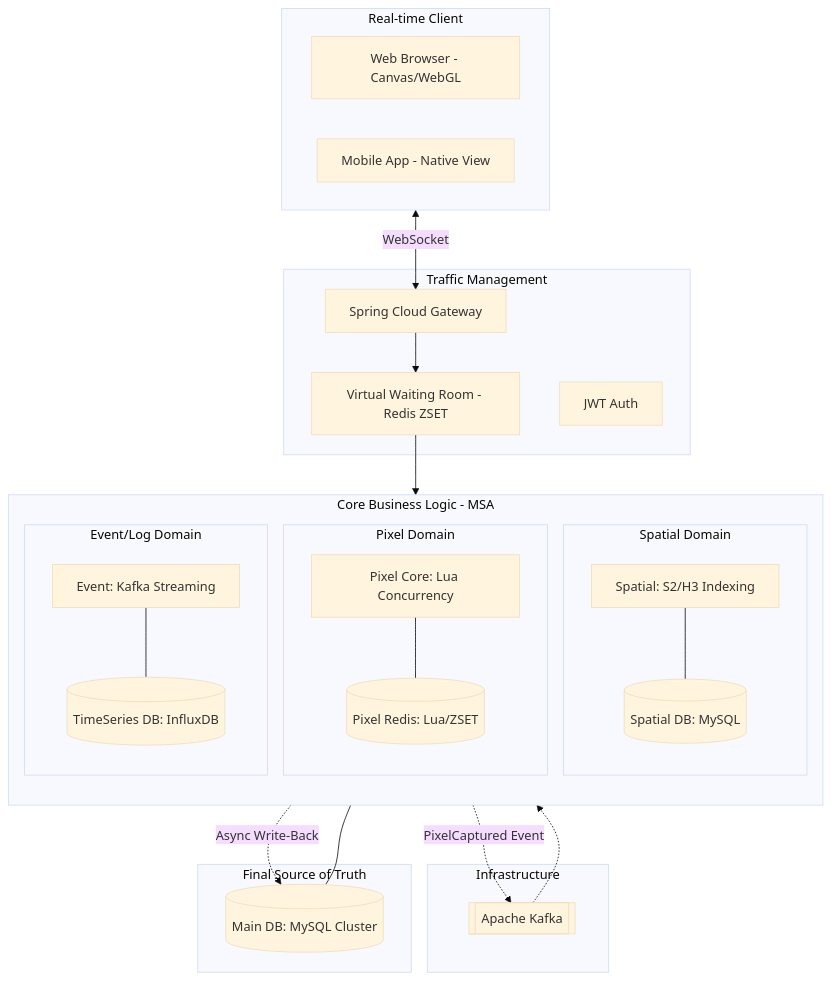
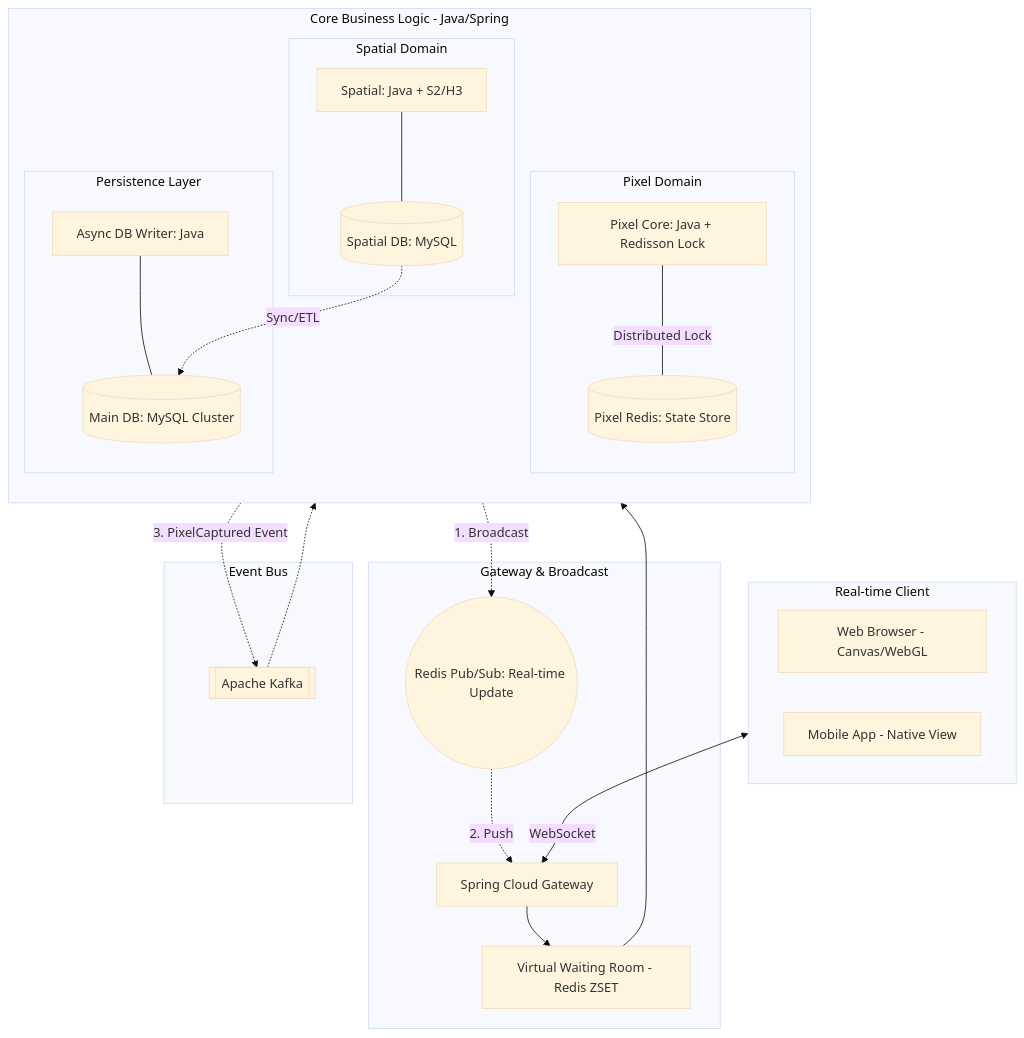
Before and after one commit to dlrkdgml0716/The_Pixel_War: the diagram in README.md, drawn with Mermaid (base theme).

````diff
--- a/README.md
+++ b/README.md
@@ -6,63 +6,59 @@
 ```mermaid
 graph TD
     %% Client Layer
     subgraph ClientLayer [Real-time Client]
         Web[Web Browser - Canvas/WebGL]
         Mobile[Mobile App - Native View]
     end
 
-    %% Gateway & Traffic Control
-    subgraph TrafficControl [Traffic Management]
+    %% Gateway & Real-time Sync
+    subgraph TrafficControl [Gateway & Broadcast]
         AGW[Spring Cloud Gateway]
         NetFunnel[Virtual Waiting Room - Redis ZSET]
-        Auth[JWT Auth]
+        RedisPubSub((Redis Pub/Sub: Real-time Update))
     end
 
-    %% Microservices Layer (Database per Service)
-    subgraph Microservices [Core Business Logic - MSA]
+    %% Microservices Layer
+    subgraph Microservices [Core Business Logic - Java/Spring]
         direction TB
         
         subgraph PixelDomain [Pixel Domain]
-            PixelSvc[Pixel Core: Lua Concurrency]
-            PixelRedis[(Pixel Redis: Lua/ZSET)]
+            PixelSvc[Pixel Core: Java + Redisson Lock]
+            PixelRedis[(Pixel Redis: State Store)]
         end
         
         subgraph SpatialDomain [Spatial Domain]
-            SpatialSvc[Spatial: S2/H3 Indexing]
+            SpatialSvc[Spatial: Java + S2/H3]
             SpatialDB[(Spatial DB: MySQL)]
         end
-        
-        subgraph EventDomain [Event/Log Domain]
-            EventSvc[Event: Kafka Streaming]
-            LogDB[(TimeSeries DB: InfluxDB)]
+
+        subgraph PersistenceWorker [Persistence Layer]
+            DBWriter[Async DB Writer: Java]
+            MainDB[(Main DB: MySQL Cluster)]
         end
     end
 
-    %% Infrastructure (Shared Message Broker)
-    subgraph MessageBroker [Infrastructure]
+    %% Infrastructure
+    subgraph MessageBroker [Event Bus]
         Kafka[[Apache Kafka]]
     end
 
-    %% Persistence Layer (Source of Truth)
-    subgraph Persistence [Final Source of Truth]
-        MainDB[(Main DB: MySQL Cluster)]
-    end
-
-    %% Relationships
+    %% Relationships & Flow
     ClientLayer <--> |WebSocket| AGW
     AGW --> NetFunnel
-    NetFunnel --> Microservices
+    NetFunnel --> PixelSvc
     
-    %% Service-DB Ownership
-    PixelSvc --- PixelRedis
+    %% Write Path (Java + Redisson)
+    PixelSvc --- |Distributed Lock| PixelRedis
+    PixelSvc -.-> |1. Broadcast| RedisPubSub
+    RedisPubSub -.-> |2. Push| AGW
+    
+    %% Persistence Path (EDA)
+    PixelSvc -.-> |3. PixelCaptured Event| Kafka
+    Kafka -.-> DBWriter
+    DBWriter --- MainDB
+    
+    %% Spatial Path
     SpatialSvc --- SpatialDB
-    EventSvc --- LogDB
-    
-    %% Inter-service Communication (EDA)
-    PixelSvc -.-> |PixelCaptured Event| Kafka
-    Kafka -.-> EventSvc
-    
-    %% Async Flush to Main DB
-    PixelRedis -.-> |Async Write-Back| MainDB
-    SpatialDB --- MainDB
+    SpatialDB -.-> |Sync/ETL| MainDB
 ```
````
